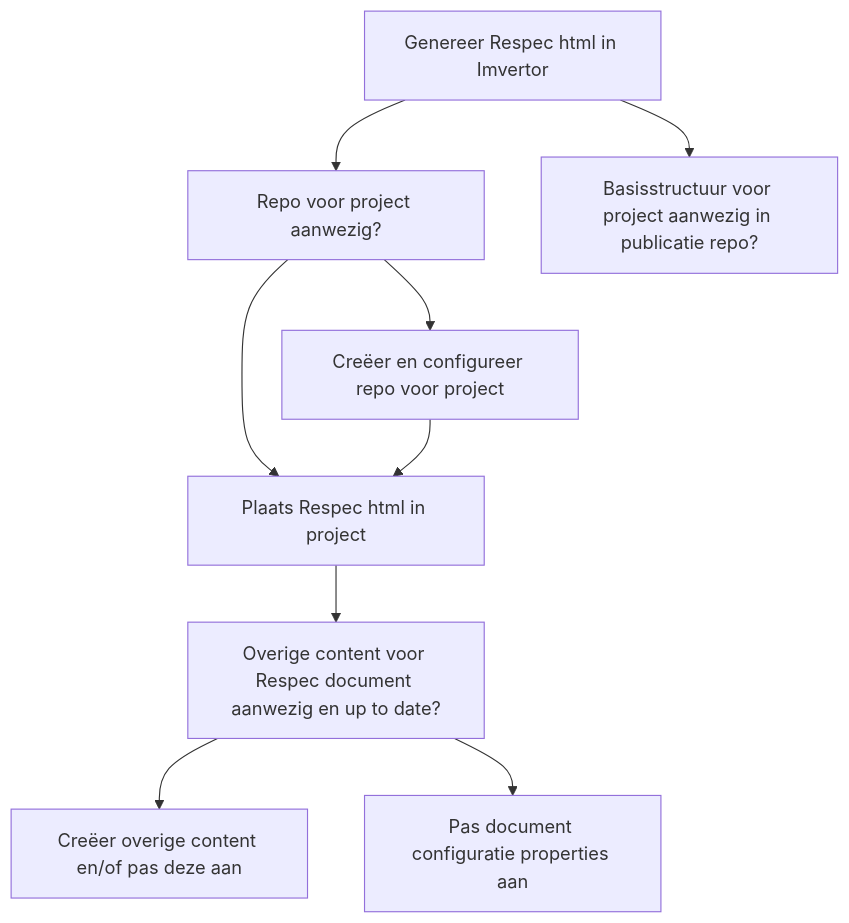
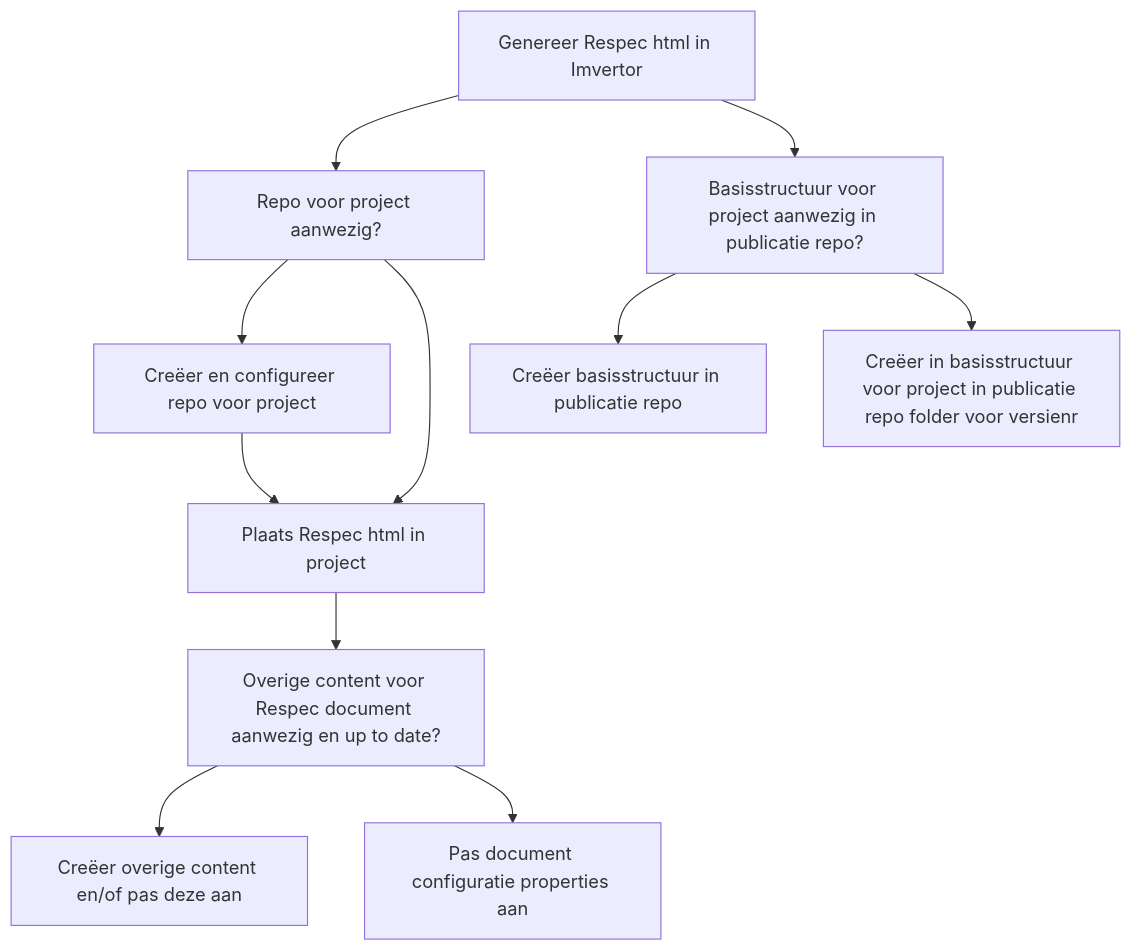
Before and after one commit to melsk-r/VNG-R-Respec-Template: the diagram in mermaid.md, drawn with Mermaid.

````diff
--- a/mermaid.md
+++ b/mermaid.md
@@ -6,11 +6,13 @@
 ```mermaid
 graph TD;
     A[Genereer Respec html in Imvertor]-->B[Repo voor project aanwezig?];
     B[Repo voor project aanwezig?]-->C[Creëer en configureer repo voor project];
     B[Repo voor project aanwezig?]-->D[Plaats Respec html in project];
     C[Creëer en configureer repo voor project]-->D[Plaats Respec html in project];
     D[Plaats Respec html in project]-->E[Overige content voor Respec document aanwezig en up to date?];
     E[Overige content voor Respec document aanwezig en up to date?]-->F[Creëer overige content en/of pas deze aan];
     E[Overige content voor Respec document aanwezig en up to date?]-->G[Pas document configuratie properties aan];
     A[Genereer Respec html in Imvertor]-->H[Basisstructuur voor project aanwezig in publicatie repo?];
+    H[Basisstructuur voor project aanwezig in publicatie repo?]-->I[Creëer basisstructuur in publicatie repo];
+    H[Basisstructuur voor project aanwezig in publicatie repo?]-->J[Creëer in basisstructuur voor project in publicatie repo folder voor versienr];
 ```
````
